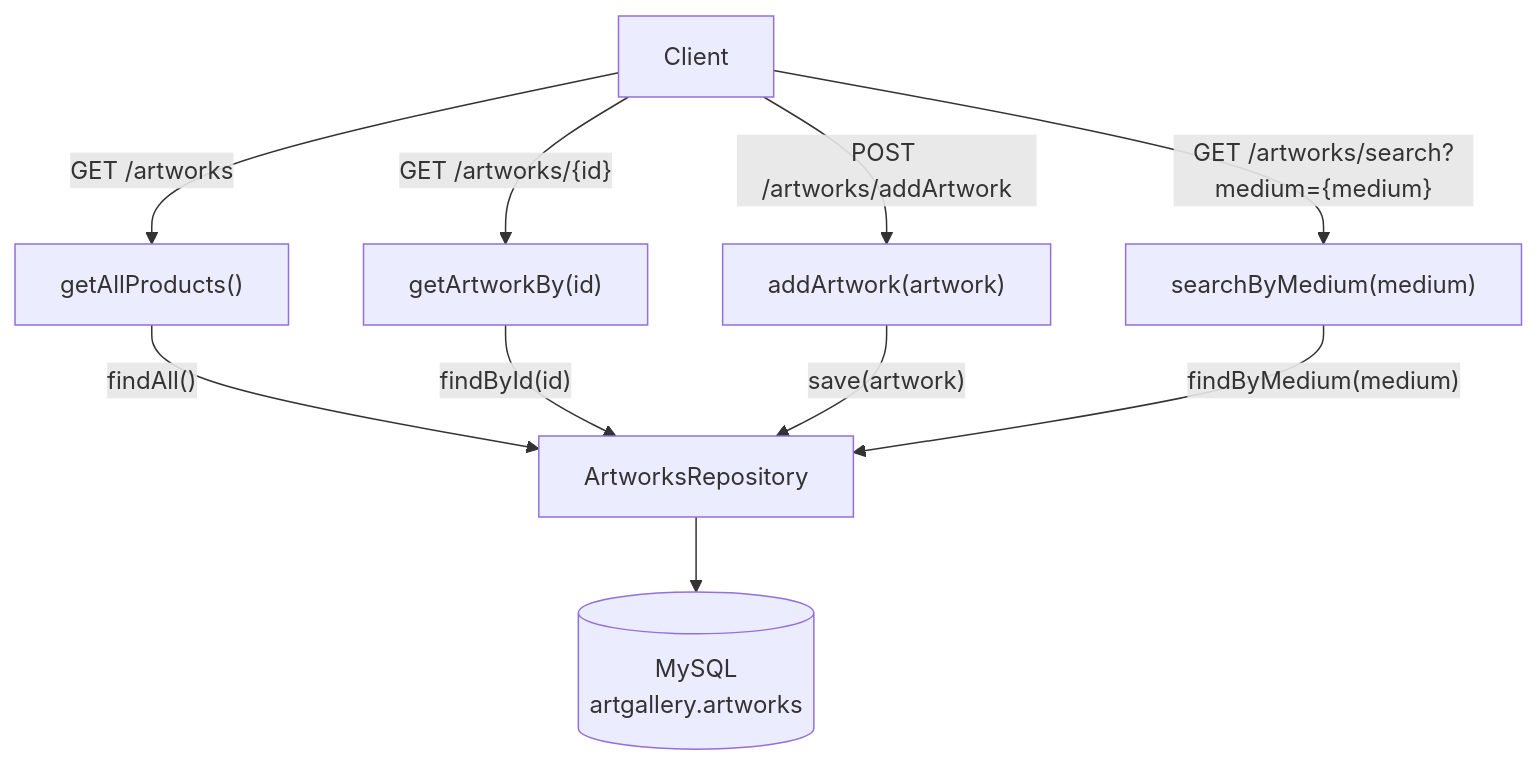
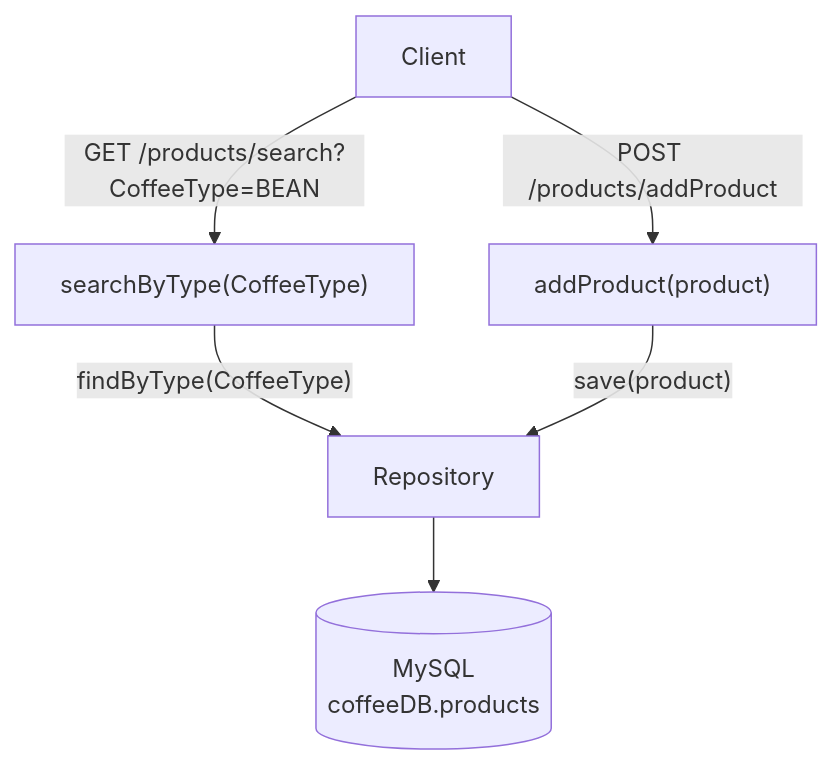
The diagram in README.md (Jade-Evans/group-2-project), drawn with Mermaid before and after one commit. The commit also changed other lines of this file, not shown here.

Commit message:
update README with the following: - mermaid flowchart and description of first two endpoints to satisfy project requirements - basic setup & config directions - beginnings of Tech Stack

````diff
--- a/README.md
+++ b/README.md
@@ -16,18 +14,13 @@
 ```mermaid
 
 flowchart TD
     Client["Client"]
+    Client -->|"GET /products/search?CoffeeType=BEAN"| GetByType["searchByType(CoffeeType)"]
+    Client -->|"POST /products/addProduct"| Create["addProduct(product)"]
 
-    Client -->|"GET /artworks"| GetAll["getAllProducts()"]
-    Client -->|"GET /artworks/{id}"| GetOne["getArtworkBy(id)"]
-    Client -->|"POST /artworks/addArtwork"| Create["addArtwork(artwork)"]
-    Client -->|"GET /artworks/search?medium={medium}"| GetByMedium["searchByMedium(medium)"]
-    
-    GetAll -->|"findAll()"| Repository["ArtworksRepository"]
-    GetOne -->|"findById(id)"| Repository
-    Create -->|"save(artwork)"| Repository
-    GetByMedium -->|"findByMedium(medium)"|Repository
-
-    Repository --> Database[("MySQL<br/>artgallery.artworks")]
+    GetByType -->|"findByType(CoffeeType)"|Repository
+    Create -->|"save(product)"| Repository
+  
+    Repository --> Database[("MySQL<br/>coffeeDB.products")]
 
 ```
````
